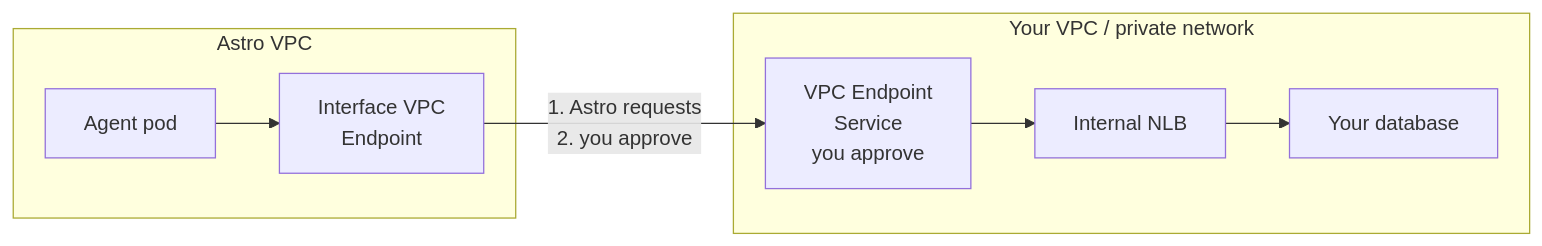
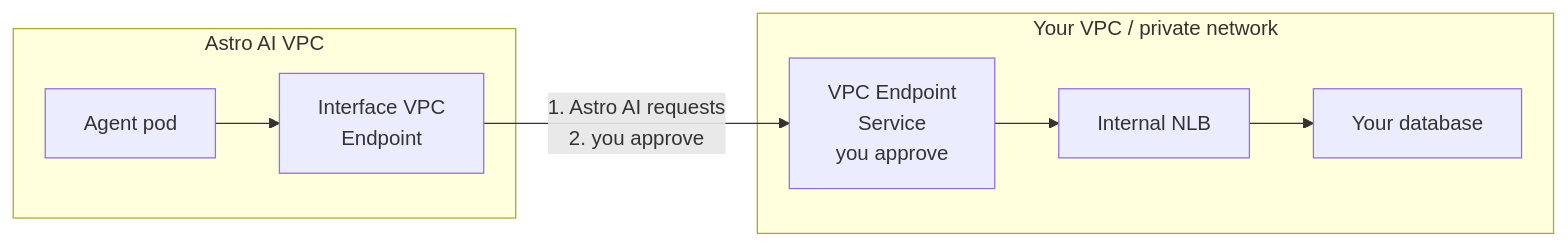
One commit to astropods/astro-cli changed the diagram in docs-public/fern/docs/pages/knowledge-stores.mdx. Above: the diagram before and after it, drawn with Mermaid. The commit also changed other lines of this file and 18 other files, not shown here.

````diff
--- a/docs-public/fern/docs/pages/knowledge-stores.mdx
+++ b/docs-public/fern/docs/pages/knowledge-stores.mdx
@@ -23,10 +23,10 @@
 ```mermaid
 flowchart LR
-    subgraph astro["Astro VPC"]
+    subgraph astro["Astro AI VPC"]
         A[Agent pod] --> B[Interface VPC<br/>Endpoint]
     end
     subgraph yours["Your VPC / private network"]
         C[VPC Endpoint<br/>Service<br/>you approve] --> D[Internal NLB] --> E[Your database]
     end
-    B -- "1. Astro requests<br/>2. you approve" --> C
+    B -- "1. Astro AI requests<br/>2. you approve" --> C
 ```
````
